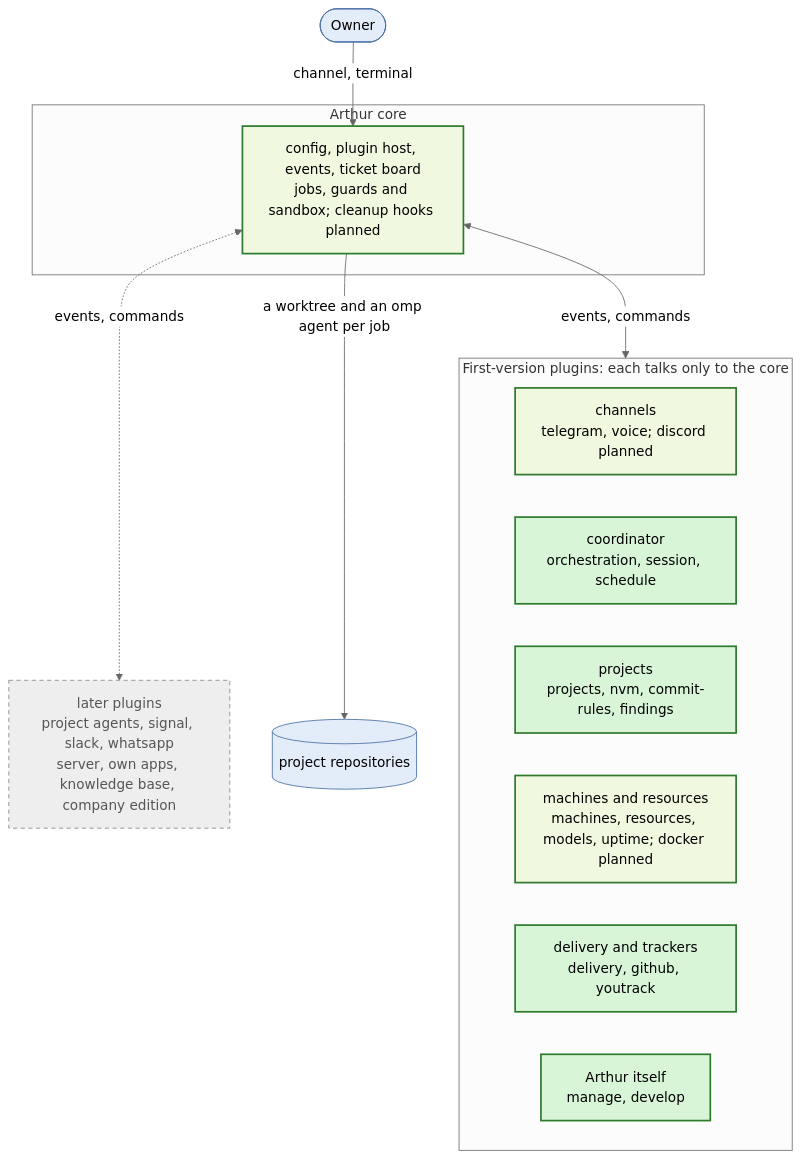
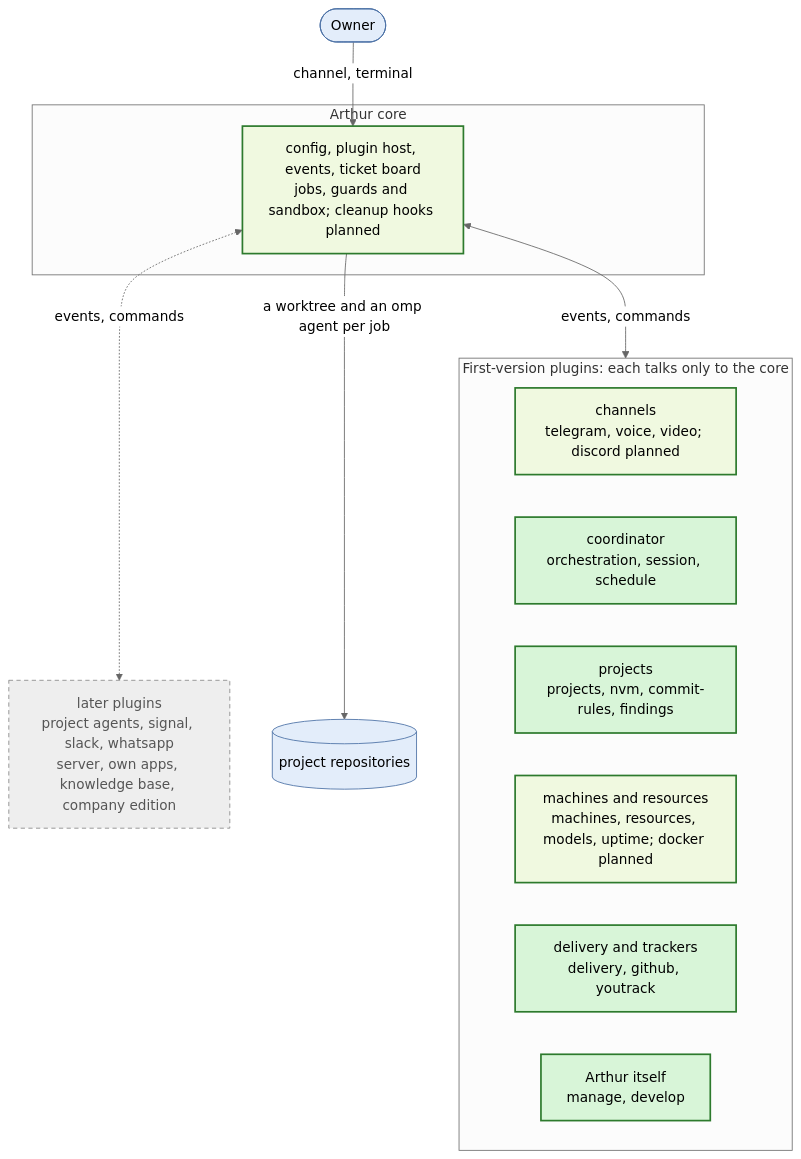
One commit to kacperadler/arthur changed the diagram in README.md. Above: the diagram before and after it, drawn with Mermaid (neutral theme). The commit also changed other lines of this file and 16 other files, not shown here.

Commit message:
feat(AR0551): video plugin, ffmpeg frames and the voice plugin's words

````diff
--- a/README.md
+++ b/README.md
@@ -58,27 +59,27 @@
 ```mermaid
 flowchart TD
   owner([Owner]) -->|channel, terminal| core
   subgraph CORE[Arthur core]
     core[config, plugin host, events, ticket board<br/>jobs, guards and sandbox; cleanup hooks planned]
   end
   subgraph FIRST[First-version plugins: each talks only to the core]
-    chan[channels<br/>telegram, voice; discord planned]
+    chan[channels<br/>telegram, voice, video; discord planned]
     coord[coordinator<br/>orchestration, session, schedule]
     proj[projects<br/>projects, nvm, commit-rules, findings]
     res[machines and resources<br/>machines, resources, models, uptime; docker planned]
     deliv[delivery and trackers<br/>delivery, github, youtrack]
     self[Arthur itself<br/>manage, develop]
   end
   later[later plugins<br/>project agents, signal, slack, whatsapp<br/>server, own apps, knowledge base, company edition]
   core <-->|events, commands| FIRST
   core <-.->|events, commands| later
   core -->|a worktree and an omp agent per job| repos[(project repositories)]
   classDef built fill:#d8f5d8,stroke:#2d7a2d,stroke-width:2px,color:#000;
   classDef partial fill:#f0f9e0,stroke:#2d7a2d,stroke-width:2px,color:#000;
   classDef planned fill:#eee,stroke:#888,stroke-dasharray:5 4,color:#555;
   classDef outside fill:#e3edfa,stroke:#4a6fa5,color:#000;
   class coord,proj,deliv,self built;
   class core,chan,res partial;
   class later planned;
   class owner,repos outside;
 ```
````
